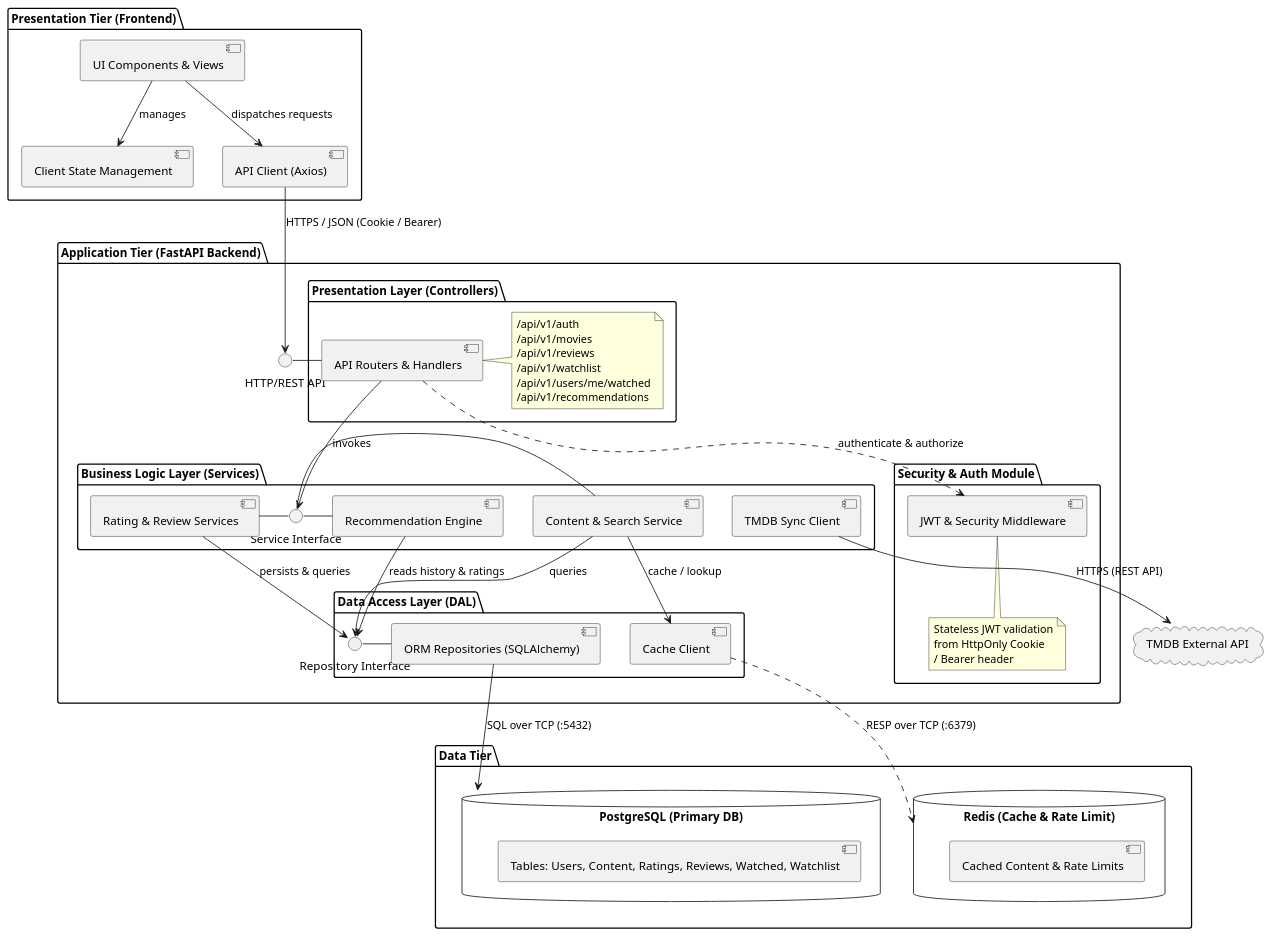
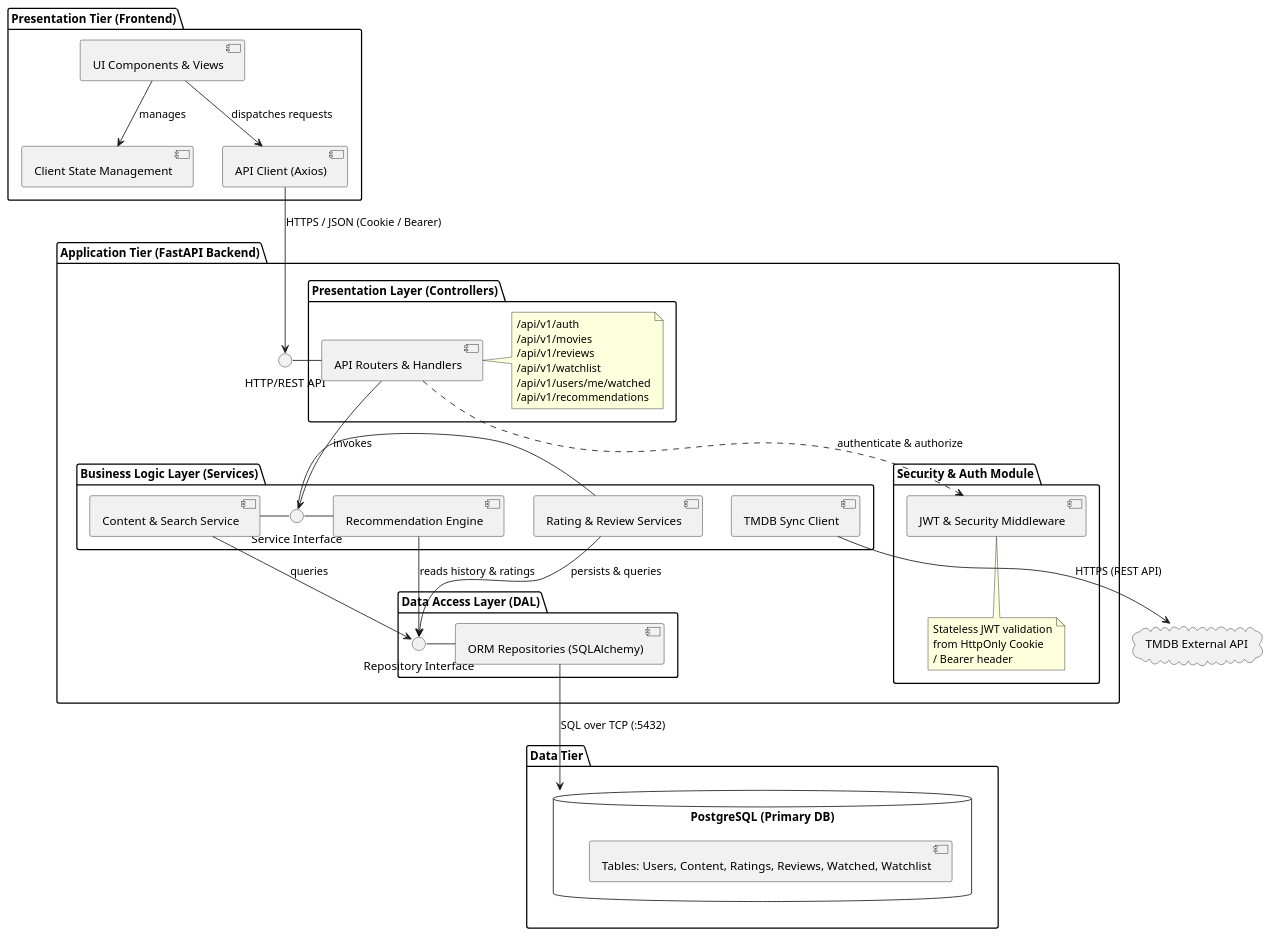
Before and after one commit to ukma-fin-ssdm-2026/ctrl-alt-defeat: the diagram in docs/architecture/uml/component-diagram.puml, drawn with PlantUML. The commit also changed 8 other files, not shown here.

```diff
--- a/docs/architecture/uml/component-diagram.puml
+++ b/docs/architecture/uml/component-diagram.puml
@@ -1,82 +1,75 @@
 @startuml
 skinparam componentStyle uml2
 
 package "Presentation Tier (Frontend)" {
     [UI Components & Views] as UI_Comp
     [Client State Management] as UI_State
     [API Client (Axios)] as UI_Client
 
     UI_Comp --> UI_State : manages
     UI_Comp --> UI_Client : dispatches requests
 }
 
 package "Application Tier (FastAPI Backend)" {
     () "HTTP/REST API" as HTTP_Interface
 
     package "Presentation Layer (Controllers)" {
         [API Routers & Handlers] as Controllers
         note right of Controllers
           /api/v1/auth
           /api/v1/movies
           /api/v1/reviews
           /api/v1/watchlist
           /api/v1/users/me/watched
           /api/v1/recommendations
         end note
     }
 
     package "Security & Auth Module" {
         [JWT & Security Middleware] as Security
         note bottom of Security
           Stateless JWT validation
           from HttpOnly Cookie
           / Bearer header
         end note
     }
 
     package "Business Logic Layer (Services)" {
         () "Service Interface" as Service_Interface
         [Rating & Review Services] as Logic_Review
         [Content & Search Service] as Logic_Content
         [Recommendation Engine] as Logic_Rec
         [TMDB Sync Client] as Logic_TMDB
     }
 
     package "Data Access Layer (DAL)" {
         () "Repository Interface" as Repo_Interface
         [ORM Repositories (SQLAlchemy)] as DAL
-        [Cache Client] as Cache_Client
     }
 
     HTTP_Interface - Controllers
     Controllers ..> Security : authenticate & authorize
     Controllers --> Service_Interface : invokes
     Service_Interface - Logic_Review
     Service_Interface - Logic_Content
     Service_Interface - Logic_Rec
 
     Logic_Review --> Repo_Interface : persists & queries
     Logic_Content --> Repo_Interface : queries
-    Logic_Content --> Cache_Client : cache / lookup
     Logic_Rec --> Repo_Interface : reads history & ratings
     Repo_Interface - DAL
 }
 
 package "Data Tier" {
     database "PostgreSQL (Primary DB)" as DB {
         [Tables: Users, Content, Ratings, Reviews, Watched, Watchlist]
     }
-
-    database "Redis (Cache & Rate Limit)" as Cache {
-        [Cached Content & Rate Limits]
-    }
 }
 
 cloud "TMDB External API" as TMDB
 
 UI_Client --> HTTP_Interface : HTTPS / JSON (Cookie / Bearer)
 DAL --> DB : SQL over TCP (:5432)
-Cache_Client ..> Cache : RESP over TCP (:6379)
 Logic_TMDB --> TMDB : HTTPS (REST API)
 
 @enduml
```
